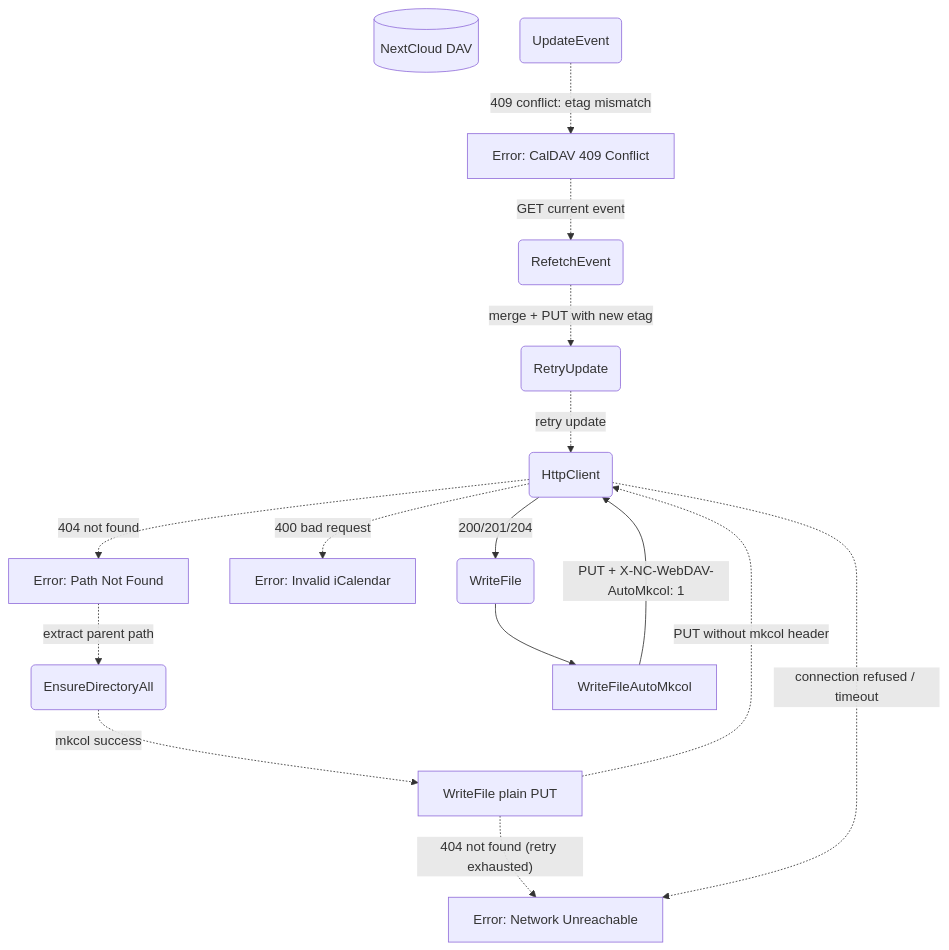
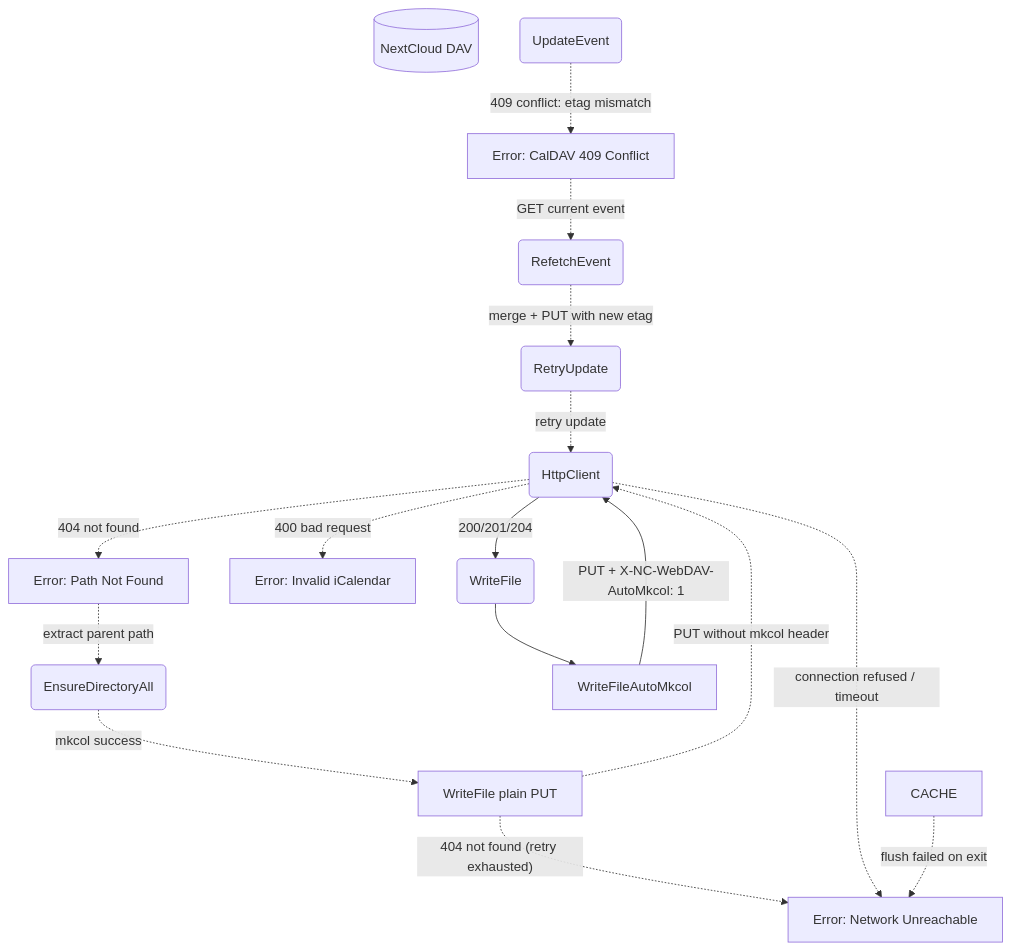
Before and after one commit to cosmoswafer/rockbot: the second of 7 diagrams in _dfds/base/webdav.md, drawn with Mermaid. The commit also changed other lines of this file and 1 other file, not shown here.

Commit message:
docs: add system memory cache layer for JSON memory archives in WebDAV DFD

````diff
--- a/_dfds/base/webdav.md
+++ b/_dfds/base/webdav.md
@@ -131,31 +143,32 @@
 ```mermaid
 flowchart TD
     HTTP(HttpClient)
     NC[(NextCloud DAV)]
     ERR_404[Error: Path Not Found]
     ERR_NET[Error: Network Unreachable]
     ERR_CONFLICT[Error: CalDAV 409 Conflict]
     ERR_BAD_ICS[Error: Invalid iCalendar]
     MKDIR_ALL(EnsureDirectoryAll)
     WRITE(WriteFile)
     WRITE_SIMPLE[WriteFile plain PUT]
     AUTO_MKCOL[WriteFileAutoMkcol]
     CAL_UPD(UpdateEvent)
     CAL_REFETCH(RefetchEvent)
     CAL_RETRY(RetryUpdate)
 
     WRITE --> AUTO_MKCOL
     AUTO_MKCOL -->|"PUT + X-NC-WebDAV-AutoMkcol: 1"| HTTP
     HTTP -->|"200/201/204"| WRITE
     HTTP -.->|"404 not found"| ERR_404
     ERR_404 -.->|"extract parent path"| MKDIR_ALL
     MKDIR_ALL -.->|"mkcol success"| WRITE_SIMPLE
     WRITE_SIMPLE -.->|"PUT without mkcol header"| HTTP
     WRITE_SIMPLE -.->|"404 not found (retry exhausted)"| ERR_NET
     HTTP -.->|"connection refused / timeout"| ERR_NET
     CAL_UPD -.->|"409 conflict: etag mismatch"| ERR_CONFLICT
     ERR_CONFLICT -.->|"GET current event"| CAL_REFETCH
     CAL_REFETCH -.->|"merge + PUT with new etag"| CAL_RETRY
     CAL_RETRY -.->|"retry update"| HTTP
     HTTP -.->|"400 bad request"| ERR_BAD_ICS
+    CACHE -.->|"flush failed on exit"| ERR_NET
 ```
````
